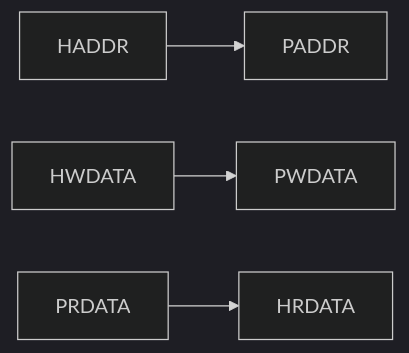
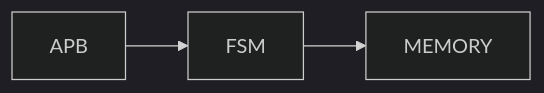
The third of 4 diagrams in README.md (rajesh042005/APB-Peripheral-Wrappers---Verilog-RTL-Design), drawn with Mermaid (dark theme) before and after one commit. The commit also changed other lines of this file, not shown here.

````diff
--- a/README.md
+++ b/README.md
@@ -66,6 +192,5 @@
 ```mermaid
 flowchart LR
-    HADDR --> PADDR
-    HWDATA --> PWDATA
-    PRDATA --> HRDATA
+    APB --> FSM
+    FSM --> MEMORY
 ```
````
